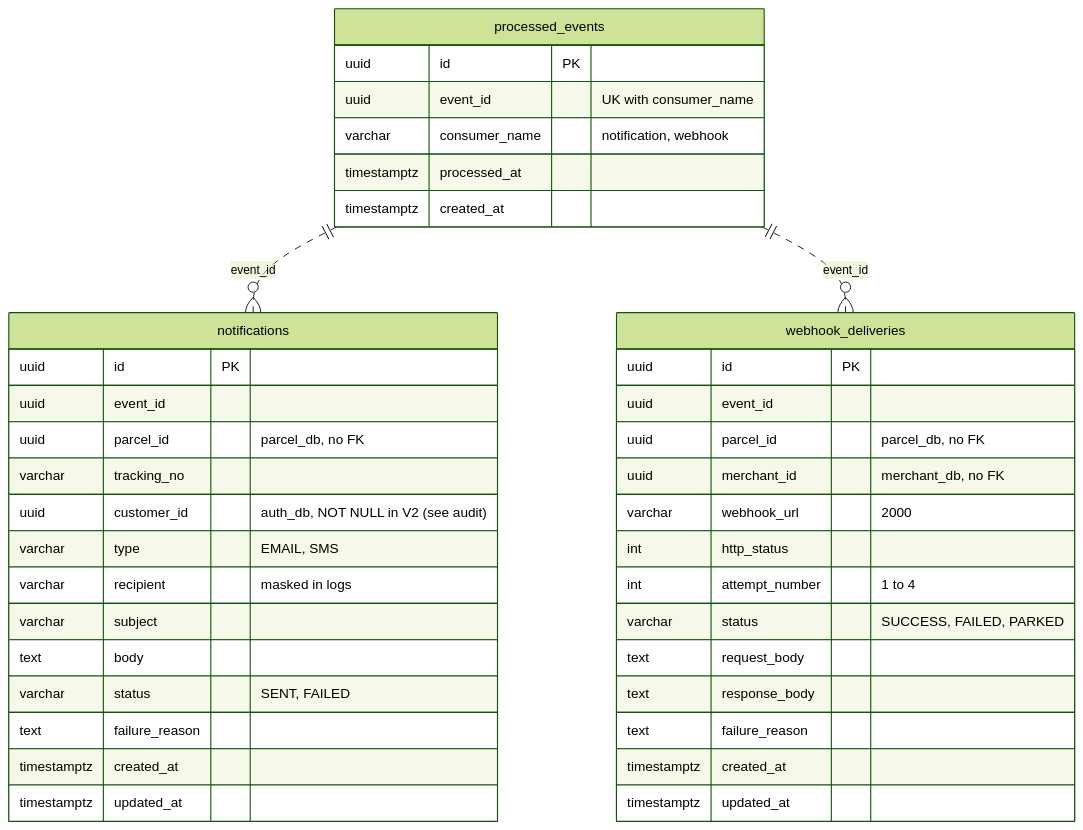
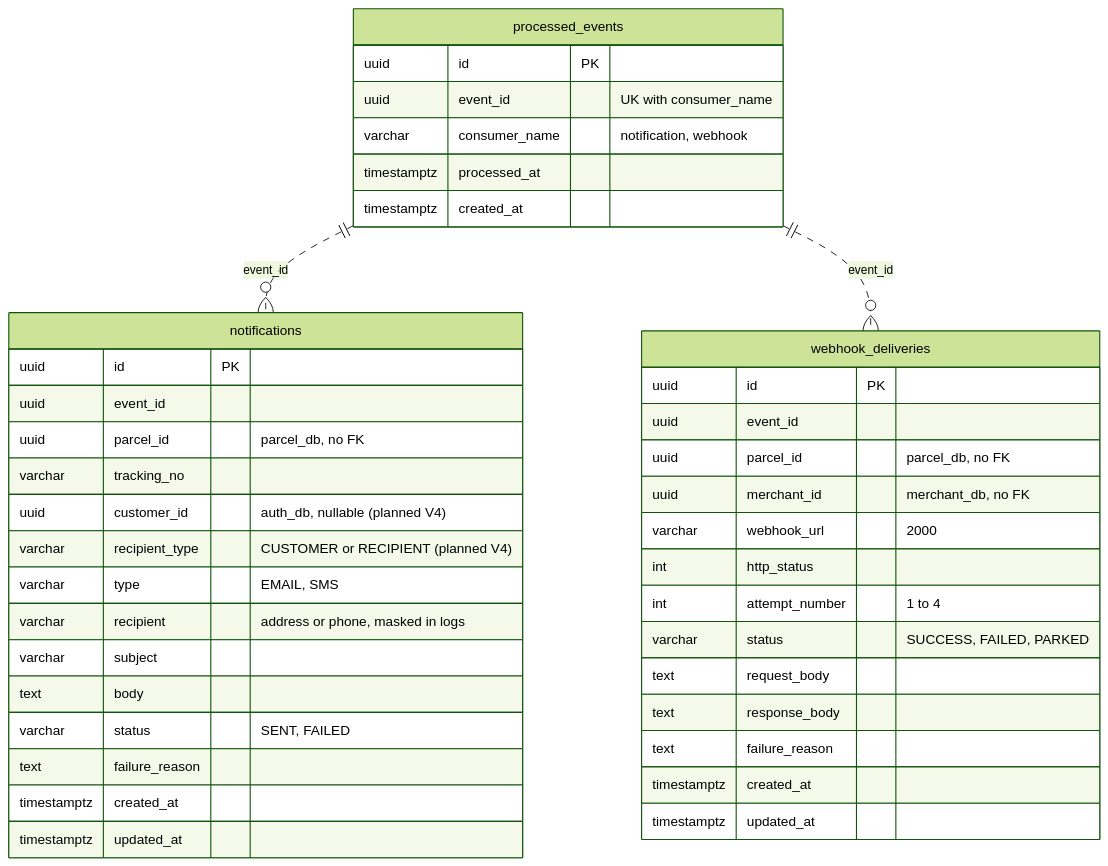
Before and after one commit to Sachintha-dilshan49/SwiftDrop: the diagram in docs/diagrams/er/er-notification-db.mmd, drawn with Mermaid (forest theme). The commit also changed 15 other files, not shown here.

First line of the commit message:
docs(diagrams): apply team decisions to login, er and guest diagrams

```diff
--- a/docs/diagrams/er/er-notification-db.mmd
+++ b/docs/diagrams/er/er-notification-db.mmd
@@ -1,44 +1,47 @@
 %% ER — notification-service (notification_db) · owner Role 6
 %% From Flyway V1–V3 on dev (Thisaru Ramanayaka). No foreign keys: every *_id is a logical reference
 %% carried in the ParcelStatusChanged event (ADR-008). Rows are linked to an event by event_id.
+%% Planned change (team decision, 31 Oct 2026; not yet migrated): customer_id becomes nullable because merchant orders
+%% have no customer, and recipient_type records who was notified (CUSTOMER from auth_db, RECIPIENT from parcel_db).
 erDiagram
     processed_events ||..o{ notifications : "event_id"
     processed_events ||..o{ webhook_deliveries : "event_id"
 
     processed_events {
         uuid id PK
         uuid event_id "UK with consumer_name"
         varchar consumer_name "notification, webhook"
         timestamptz processed_at
         timestamptz created_at
     }
     notifications {
         uuid id PK
         uuid event_id
         uuid parcel_id "parcel_db, no FK"
         varchar tracking_no
-        uuid customer_id "auth_db, NOT NULL in V2 (see audit)"
+        uuid customer_id "auth_db, nullable (planned V4)"
+        varchar recipient_type "CUSTOMER or RECIPIENT (planned V4)"
         varchar type "EMAIL, SMS"
-        varchar recipient "masked in logs"
+        varchar recipient "address or phone, masked in logs"
         varchar subject
         text body
         varchar status "SENT, FAILED"
         text failure_reason
         timestamptz created_at
         timestamptz updated_at
     }
     webhook_deliveries {
         uuid id PK
         uuid event_id
         uuid parcel_id "parcel_db, no FK"
         uuid merchant_id "merchant_db, no FK"
         varchar webhook_url "2000"
         int http_status
         int attempt_number "1 to 4"
         varchar status "SUCCESS, FAILED, PARKED"
         text request_body
         text response_body
         text failure_reason
         timestamptz created_at
         timestamptz updated_at
     }
```
